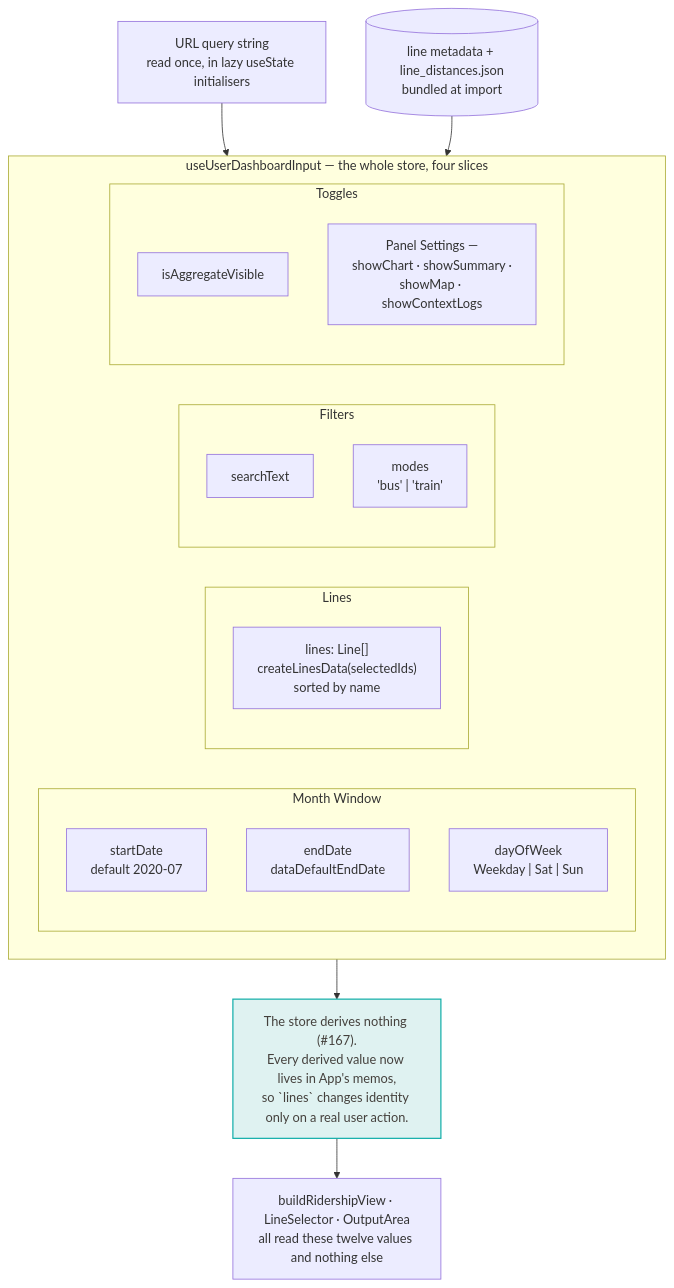
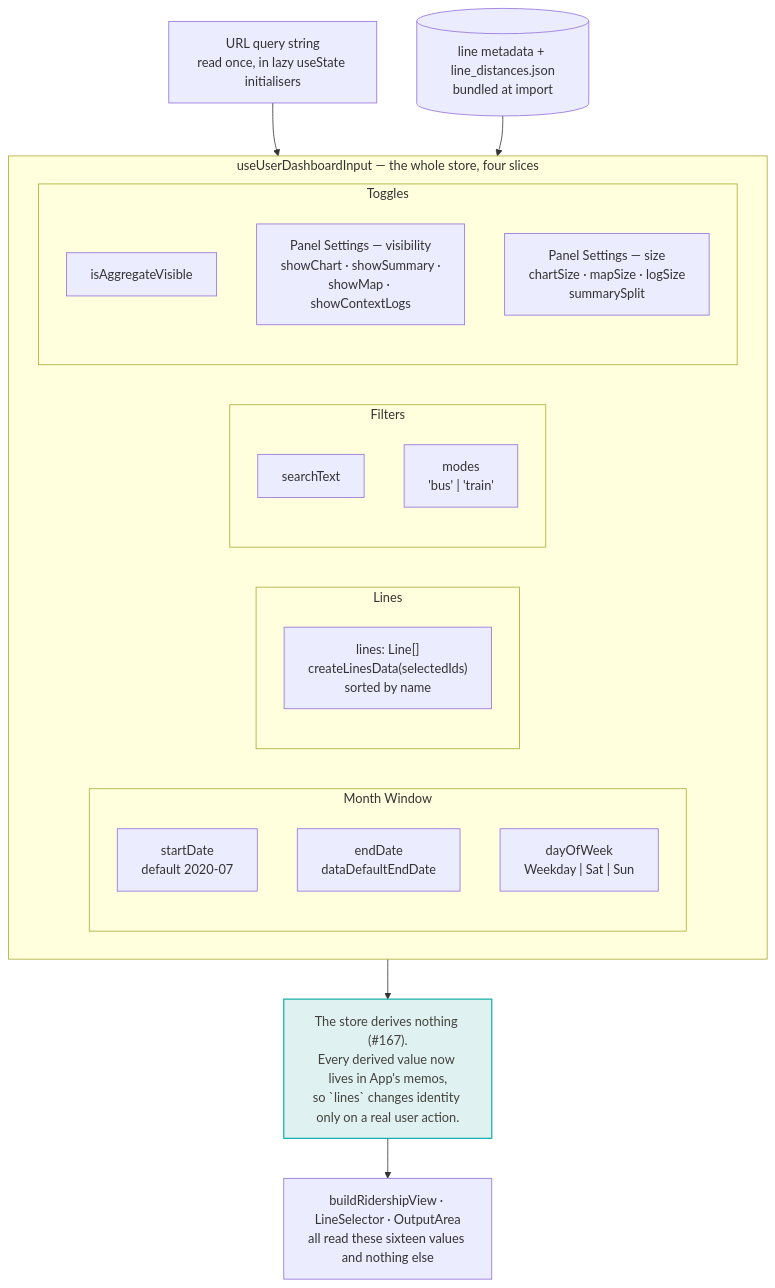
The diagram in docs/architecture/mermaid/08-state-slices.mmd (streetsforall/metro_ridership_app), drawn with Mermaid before and after one commit. The commit also changed 24 other files, not shown here.

```diff
--- a/docs/architecture/mermaid/08-state-slices.mmd
+++ b/docs/architecture/mermaid/08-state-slices.mmd
@@ -1,41 +1,42 @@
 flowchart TB
   urlIn["URL query string<br/>read once, in lazy useState initialisers"]
   bundledMeta[("line metadata + line_distances.json<br/>bundled at import")]
 
   subgraph store["useUserDashboardInput — the whole store, four slices"]
     direction LR
 
     subgraph windowSlice["Month Window"]
       direction TB
       startDate["startDate<br/>default 2020-07"]
       endDate["endDate<br/>dataDefaultEndDate"]
       dow["dayOfWeek<br/>Weekday | Sat | Sun"]
     end
 
     subgraph linesSlice["Lines"]
       direction TB
       lines["lines: Line[]<br/>createLinesData(selectedIds)<br/>sorted by name"]
     end
 
     subgraph filterSlice["Filters"]
       direction TB
       search["searchText"]
       modes["modes<br/>'bus' | 'train'"]
     end
 
     subgraph toggleSlice["Toggles"]
       direction TB
       aggregate["isAggregateVisible"]
-      panels["Panel Settings —<br/>showChart · showSummary ·<br/>showMap · showContextLogs"]
+      panels["Panel Settings — visibility<br/>showChart · showSummary ·<br/>showMap · showContextLogs"]
+      sizes["Panel Settings — size<br/>chartSize · mapSize · logSize<br/>summarySplit"]
     end
   end
 
   nothingDerived["The store derives nothing (#167).<br/>Every derived value now lives in App's memos,<br/>so `lines` changes identity only on a real user action."]
-  consumer["buildRidershipView · LineSelector · OutputArea<br/>all read these twelve values and nothing else"]
+  consumer["buildRidershipView · LineSelector · OutputArea<br/>all read these sixteen values and nothing else"]
 
   urlIn --> store
   bundledMeta --> linesSlice
   store --> nothingDerived --> consumer
 
   classDef key fill:#dff2f1,stroke:#0fada8,stroke-width:1.5px,color:#44403c
   class nothingDerived key
```
